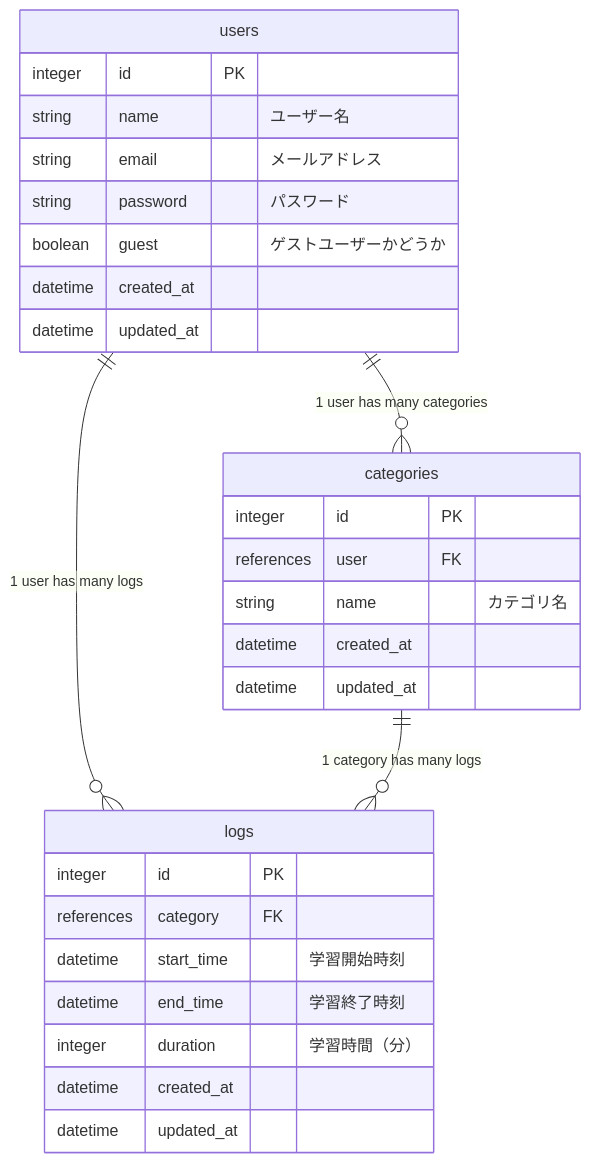
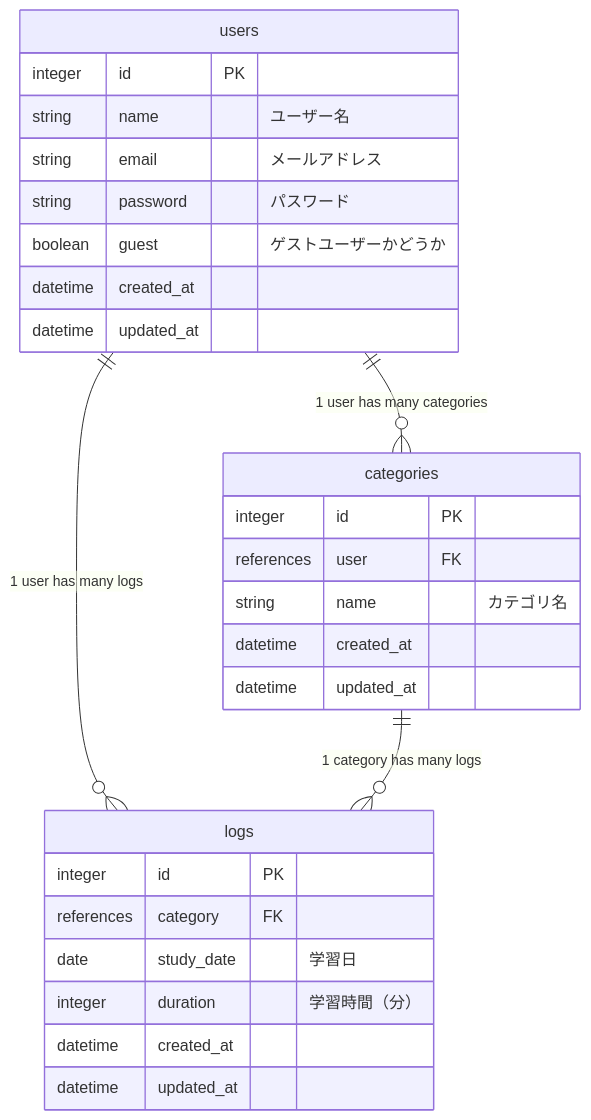
Before and after one commit to 19991126kai/daylog: the diagram in README.md, drawn with Mermaid.

Commit message:
READMEのER図のカラムを修正

````diff
--- a/README.md
+++ b/README.md
@@ -64,34 +64,33 @@
 ```mermaid
 erDiagram
   users ||--o{ categories : "1 user has many categories"
   users ||--o{ logs: "1 user has many logs"
   categories ||--o{ logs: "1 category has many logs"
 
   users {
     integer id PK
     string name "ユーザー名"
     string email "メールアドレス"
     string password "パスワード"
     boolean guest "ゲストユーザーかどうか"
     datetime created_at
     datetime updated_at
   }
 
   categories {
     integer id PK
     references user FK
     string name "カテゴリ名"
     datetime created_at
     datetime updated_at
   }
 
   logs {
     integer id PK
     references category FK
-    datetime start_time "学習開始時刻"
-    datetime end_time "学習終了時刻"
+    date study_date "学習日"
     integer duration "学習時間（分）"
     datetime created_at
     datetime updated_at
   }
 ```
````
